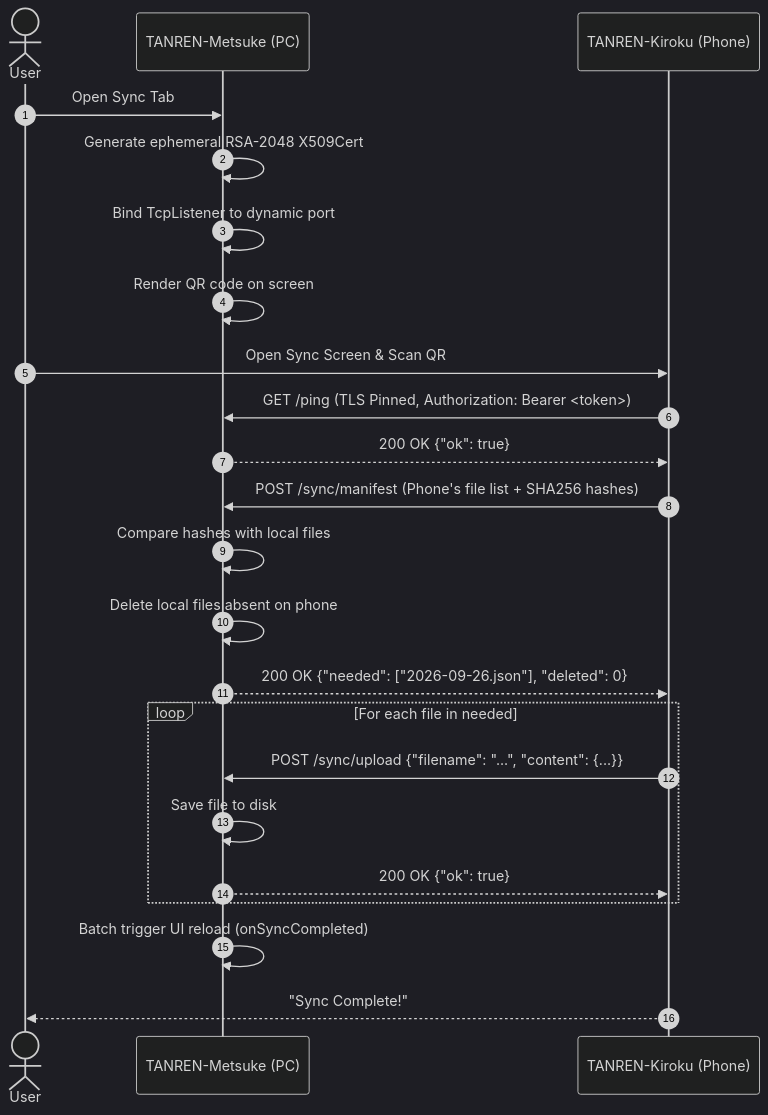
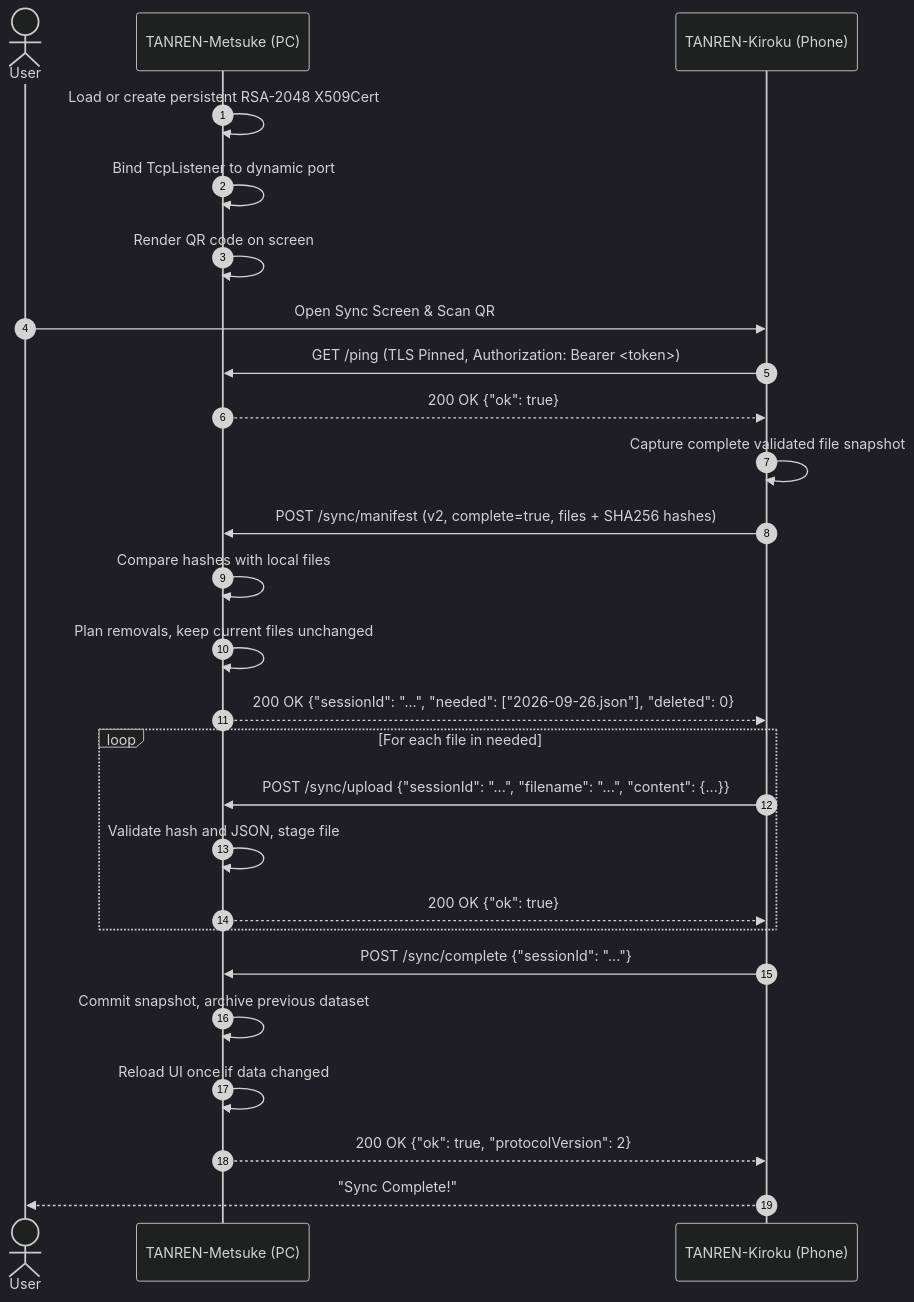
The diagram in README.md (kar-dim/TANREN-Metsuke), drawn with Mermaid (dark theme) before and after one commit. The commit also changed other lines of this file and 35 other files, not shown here.

````diff
--- a/README.md
+++ b/README.md
@@ -61,26 +61,29 @@
 ```mermaid
 sequenceDiagram
     autonumber
     actor User
     participant Desktop as TANREN-Metsuke (PC)
     participant Mobile as TANREN-Kiroku (Phone)
 
-    User->>Desktop: Open Sync Tab
-    Desktop->>Desktop: Generate ephemeral RSA-2048 X509Cert
+    Desktop->>Desktop: Load or create persistent RSA-2048 X509Cert
     Desktop->>Desktop: Bind TcpListener to dynamic port
     Desktop->>Desktop: Render QR code on screen
     User->>Mobile: Open Sync Screen & Scan QR
     Mobile->>Desktop: GET /ping (TLS Pinned, Authorization: Bearer <token>)
     Desktop-->>Mobile: 200 OK {"ok": true}
-    Mobile->>Desktop: POST /sync/manifest (Phone's file list + SHA256 hashes)
+    Mobile->>Mobile: Capture complete validated file snapshot
+    Mobile->>Desktop: POST /sync/manifest (v2, complete=true, files + SHA256 hashes)
     Desktop->>Desktop: Compare hashes with local files
-    Desktop->>Desktop: Delete local files absent on phone
-    Desktop-->>Mobile: 200 OK {"needed": ["2026-09-26.json"], "deleted": 0}
+    Desktop->>Desktop: Plan removals, keep current files unchanged
+    Desktop-->>Mobile: 200 OK {"sessionId": "...", "needed": ["2026-09-26.json"], "deleted": 0}
     loop For each file in needed
-        Mobile->>Desktop: POST /sync/upload {"filename": "...", "content": {...}}
-        Desktop->>Desktop: Save file to disk
+        Mobile->>Desktop: POST /sync/upload {"sessionId": "...", "filename": "...", "content": {...}}
+        Desktop->>Desktop: Validate hash and JSON, stage file
         Desktop-->>Mobile: 200 OK {"ok": true}
     end
-    Desktop->>Desktop: Batch trigger UI reload (onSyncCompleted)
+    Mobile->>Desktop: POST /sync/complete {"sessionId": "..."}
+    Desktop->>Desktop: Commit snapshot, archive previous dataset
+    Desktop->>Desktop: Reload UI once if data changed
+    Desktop-->>Mobile: 200 OK {"ok": true, "protocolVersion": 2}
     Mobile-->>User: "Sync Complete!"
 ```
````
